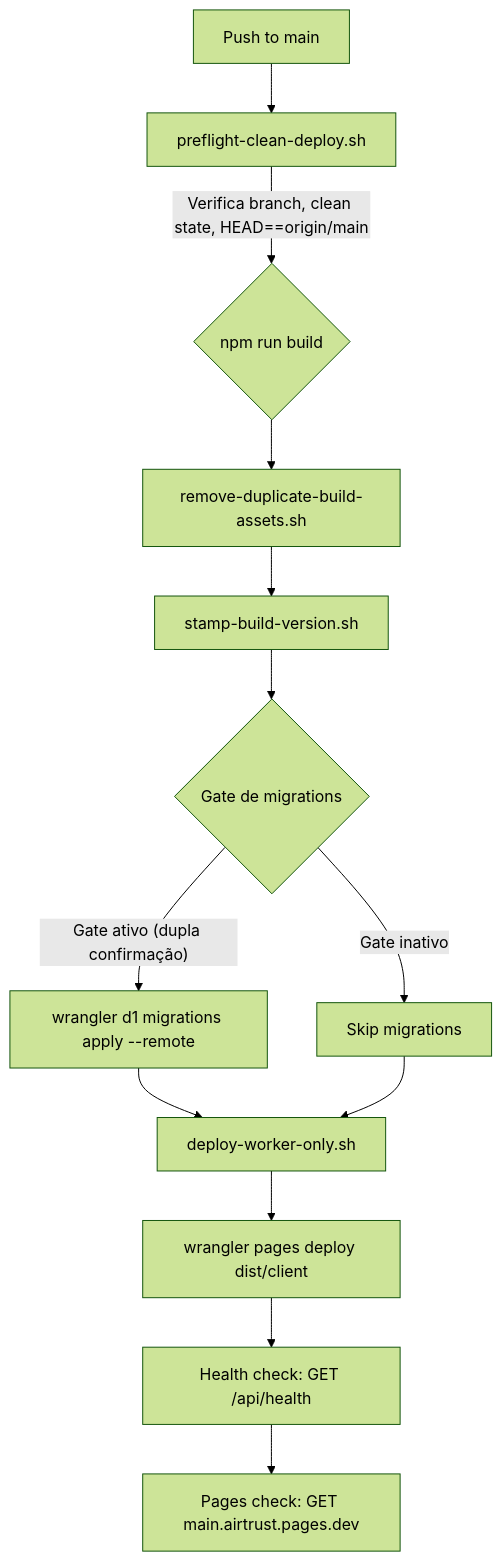
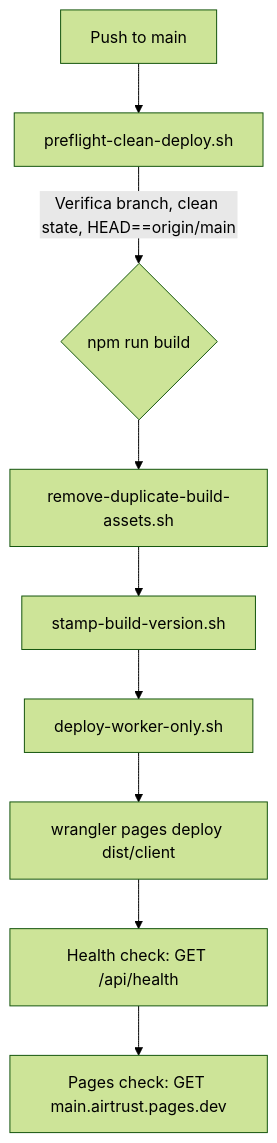
The diagram in DEPLOYMENT_AND_DEVOPS.md (Airtrust-Org/airtrust), drawn with Mermaid (forest theme) before and after one commit. The commit also changed other lines of this file and 21 other files, not shown here.

First line of the commit message:
feat(db): estabelecer baseline formal e ledger de schema v2

````diff
--- a/DEPLOYMENT_AND_DEVOPS.md
+++ b/DEPLOYMENT_AND_DEVOPS.md
@@ -36,15 +36,11 @@
 ```mermaid
 graph TD
     A[Push to main] --> B[preflight-clean-deploy.sh]
     B --> |"Verifica branch, clean state, HEAD==origin/main"| C{npm run build}
     C --> D[remove-duplicate-build-assets.sh]
     D --> E[stamp-build-version.sh]
-    E --> F{Gate de migrations}
-    F --> |"Gate ativo (dupla confirmação)"| G[wrangler d1 migrations apply --remote]
-    F --> |"Gate inativo"| H[Skip migrations]
-    G --> I[deploy-worker-only.sh]
-    H --> I
+    E --> I[deploy-worker-only.sh]
     I --> J[wrangler pages deploy dist/client]
     J --> K[Health check: GET /api/health]
     K --> L[Pages check: GET main.airtrust.pages.dev]
 ```
````
